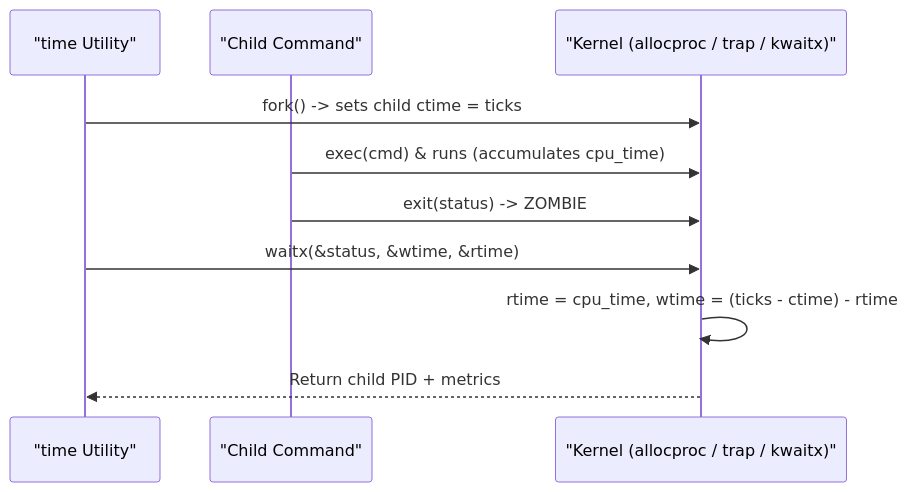
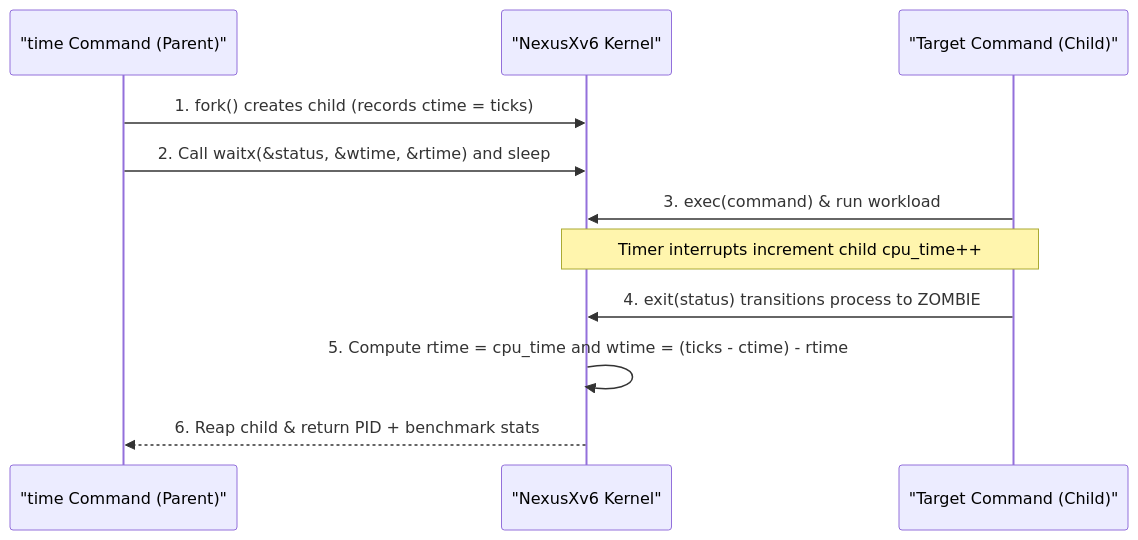
Before and after one commit to asbahkhan67-ctrl/xv6-riscv: diagram 12 of 21 in README.md, drawn with Mermaid. The commit also changed other lines of this file, not shown here.

````diff
--- a/README.md
+++ b/README.md
@@ -425,13 +531,14 @@
 ```mermaid
 sequenceDiagram
-    participant T as "time Utility"
-    participant C as "Child Command"
-    participant K as "Kernel (allocproc / trap / kwaitx)"
+    participant Time as "time Command (Parent)"
+    participant Kern as "NexusXv6 Kernel"
+    participant Child as "Target Command (Child)"
 
-    T->>K: fork() -> sets child ctime = ticks
-    C->>K: exec(cmd) & runs (accumulates cpu_time)
-    C->>K: exit(status) -> ZOMBIE
-    T->>K: waitx(&status, &wtime, &rtime)
-    K->>K: rtime = cpu_time, wtime = (ticks - ctime) - rtime
-    K-->>T: Return child PID + metrics
+    Time->>Kern: 1. fork() creates child (records ctime = ticks)
+    Time->>Kern: 2. Call waitx(&status, &wtime, &rtime) and sleep
+    Child->>Kern: 3. exec(command) & run workload
+    Note over Kern,Child: Timer interrupts increment child cpu_time++
+    Child->>Kern: 4. exit(status) transitions process to ZOMBIE
+    Kern->>Kern: 5. Compute rtime = cpu_time and wtime = (ticks - ctime) - rtime
+    Kern-->>Time: 6. Reap child & return PID + benchmark stats
 ```
````
